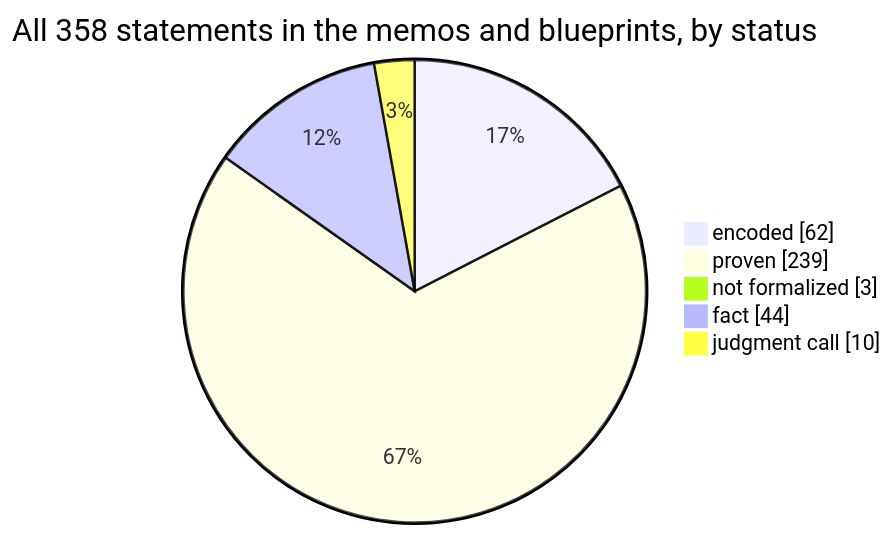
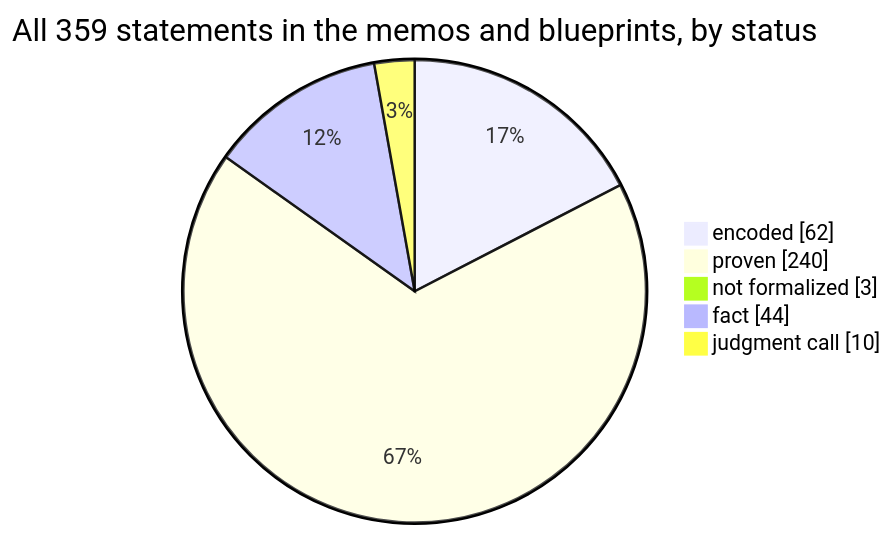
The first of 4 diagrams in docs/graphs/dashboard.md (SeanWMurray/Canteen), drawn with Mermaid before and after one commit. The commit also changed other lines of this file and 15 other files, not shown here.

````diff
--- a/docs/graphs/dashboard.md
+++ b/docs/graphs/dashboard.md
@@ -11,8 +11,8 @@
 ```mermaid
-pie showData title All 358 statements in the memos and blueprints, by status
+pie showData title All 359 statements in the memos and blueprints, by status
     "encoded" : 62
-    "proven" : 239
+    "proven" : 240
     "not formalized" : 3
     "fact" : 44
     "judgment call" : 10
 ```
````
